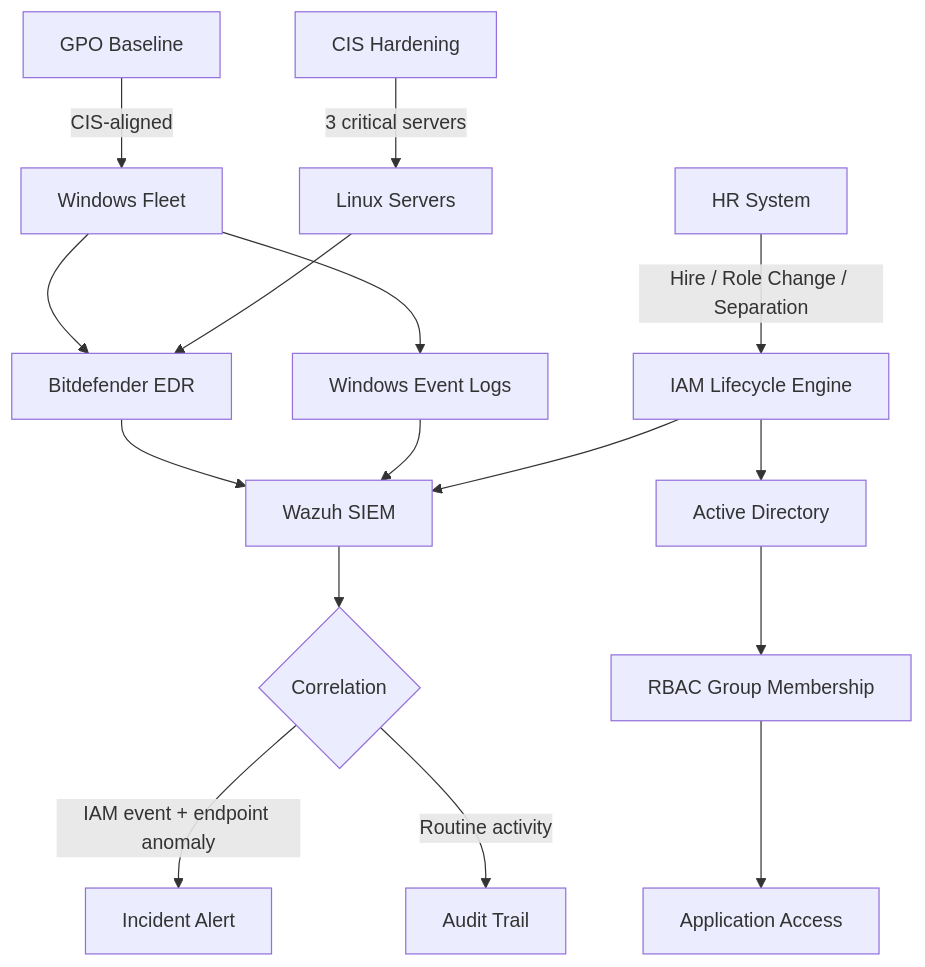
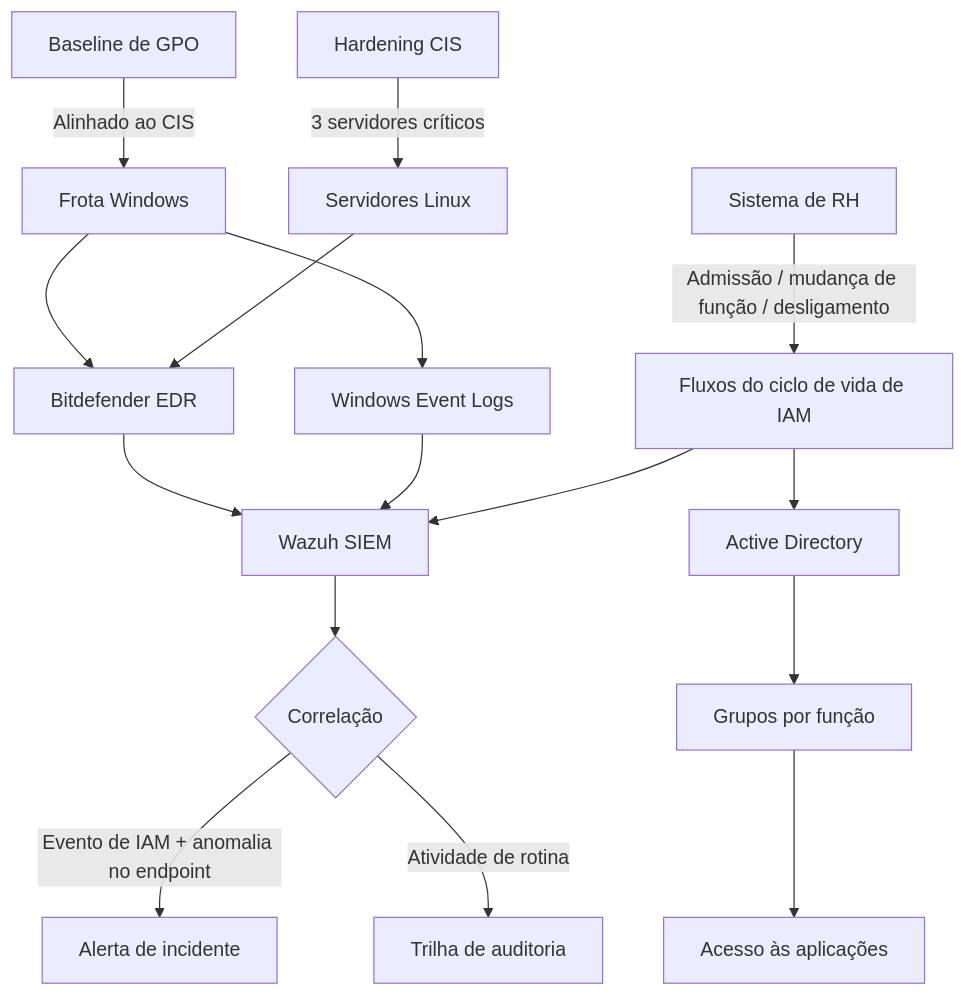
One commit to CHDevSec/portfolio changed the diagram in src/content/projects/pt/iam-fintech.mdx. Above: the diagram before and after it, drawn with Mermaid. The commit also changed other lines of this file and 169 other files, not shown here.

````diff
--- a/src/content/projects/pt/iam-fintech.mdx
+++ b/src/content/projects/pt/iam-fintech.mdx
@@ -42,22 +59,22 @@
 ```mermaid
 flowchart TB
-    A[HR System] -->|Hire / Role Change / Separation| B[IAM Lifecycle Engine]
+    A[Sistema de RH] -->|Admissão / mudança de função / desligamento| B[Fluxos do ciclo de vida de IAM]
     B --> C[Active Directory]
-    C --> D[RBAC Group Membership]
-    D --> E[Application Access]
+    C --> D[Grupos por função]
+    D --> E[Acesso às aplicações]
 
-    F[GPO Baseline] -->|CIS-aligned| G[Windows Fleet]
-    H[CIS Hardening] -->|3 critical servers| I[Linux Servers]
+    F[Baseline de GPO] -->|Alinhado ao CIS| G[Frota Windows]
+    H[Hardening CIS] -->|3 servidores críticos| I[Servidores Linux]
 
     G --> J[Bitdefender EDR]
     I --> J
     G --> K[Windows Event Logs]
 
     J --> L[Wazuh SIEM]
     K --> L
     B --> L
 
-    L --> M{Correlation}
-    M -->|IAM event + endpoint anomaly| N[Incident Alert]
-    M -->|Routine activity| O[Audit Trail]
+    L --> M{Correlação}
+    M -->|Evento de IAM + anomalia no endpoint| N[Alerta de incidente]
+    M -->|Atividade de rotina| O[Trilha de auditoria]
 ```
````
